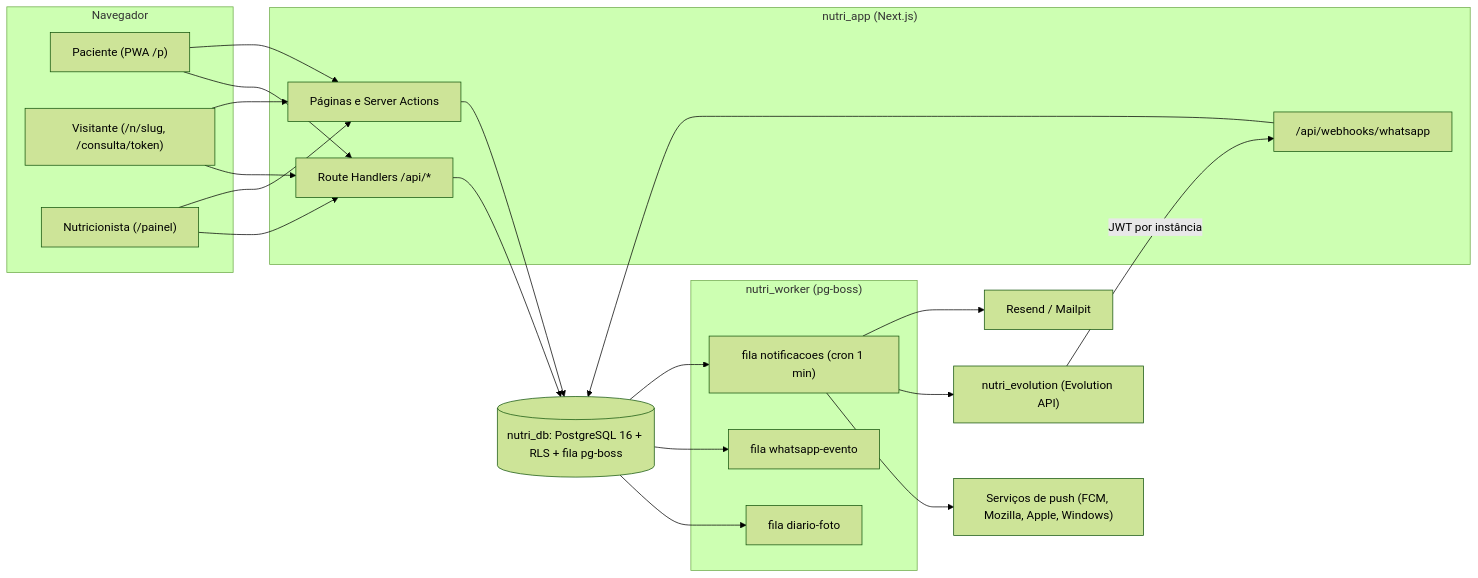
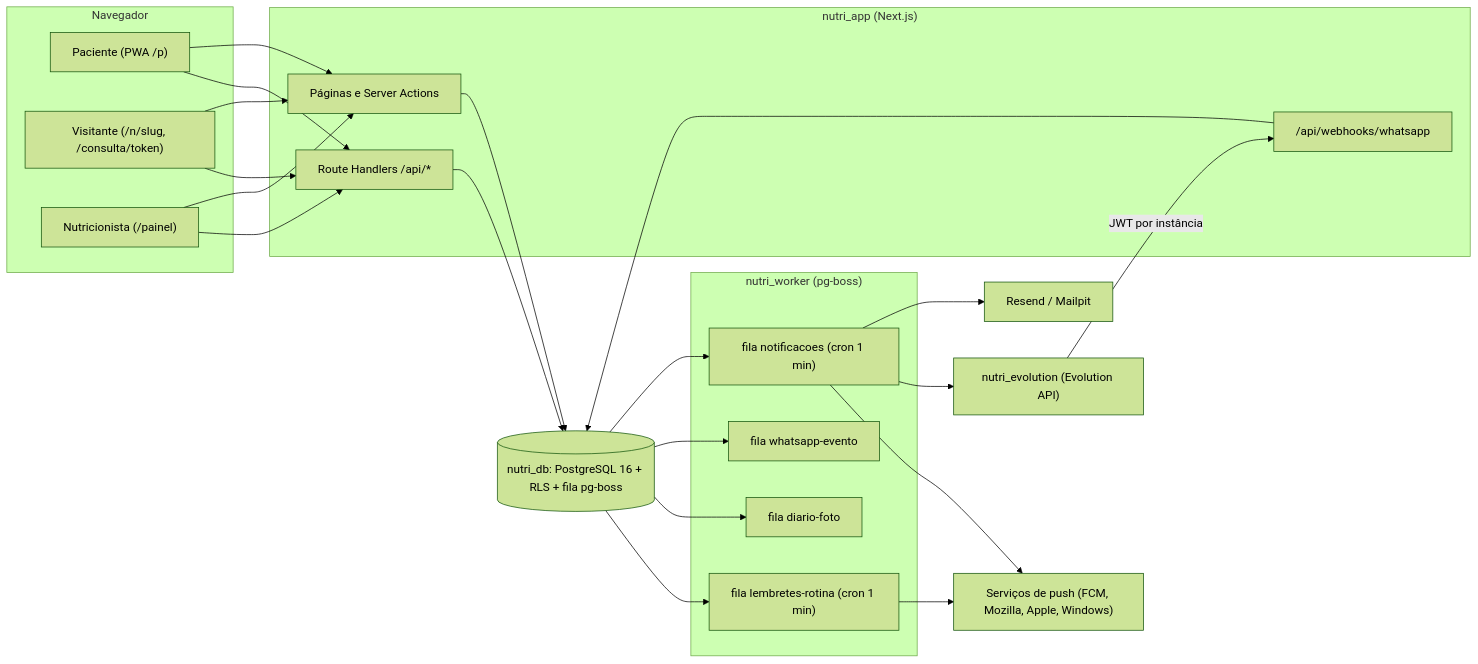
The first of 10 diagrams in docs/manual-tecnico/05-agenda-portal-conteudo.md (fabianojp06/nutridebby), drawn with Mermaid (forest theme) before and after one commit. The commit also changed other lines of this file and 9 other files, not shown here.

Commit message:
docs(manual): lembretes de rotina no manual técnico (P17-08)

````diff
--- a/docs/manual-tecnico/05-agenda-portal-conteudo.md
+++ b/docs/manual-tecnico/05-agenda-portal-conteudo.md
@@ -33,29 +34,31 @@
 ```mermaid
 flowchart LR
   subgraph Navegador
     P["Paciente (PWA /p)"]
     V["Visitante (/n/slug, /consulta/token)"]
     N["Nutricionista (/painel)"]
   end
   subgraph nutri_app["nutri_app (Next.js)"]
     PG["Páginas e Server Actions"]
     API["Route Handlers /api/*"]
     WH["/api/webhooks/whatsapp"]
   end
   subgraph nutri_worker["nutri_worker (pg-boss)"]
     NT["fila notificacoes (cron 1 min)"]
+    LR["fila lembretes-rotina (cron 1 min)"]
     WE["fila whatsapp-evento"]
     DF["fila diario-foto"]
   end
   DB[("nutri_db: PostgreSQL 16 + RLS + fila pg-boss")]
   EVO["nutri_evolution (Evolution API)"]
   RS["Resend / Mailpit"]
   PS["Serviços de push (FCM, Mozilla, Apple, Windows)"]
   P --> PG & API
   V --> PG & API
   N --> PG & API
   PG & API --> DB
   NT --> RS & EVO & PS
+  LR --> PS
   EVO -- "JWT por instância" --> WH --> DB
-  DB --> NT & WE & DF
+  DB --> NT & WE & DF & LR
 ```
````
